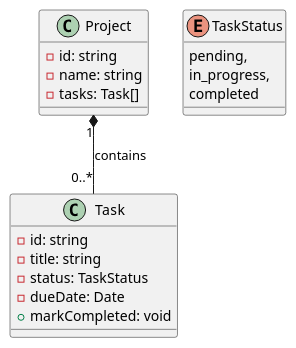
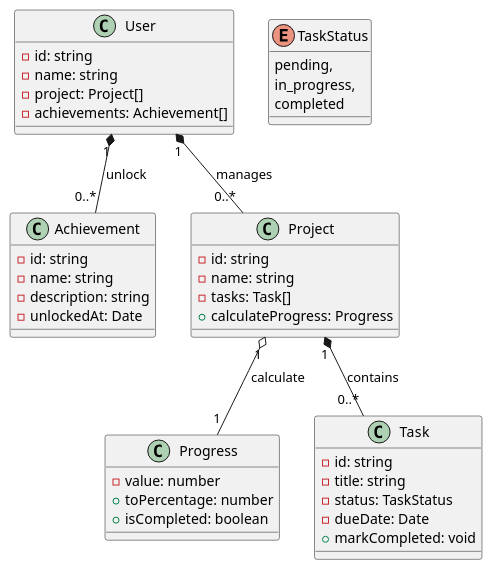
One commit to darellanodev/taskio changed the diagram in class-diagram.puml. Above: the diagram before and after it, drawn with PlantUML.

Commit message:
feat: Add User and Achievement classes to the UML diagram

```diff
--- a/class-diagram.puml
+++ b/class-diagram.puml
@@ -1,25 +1,49 @@
 @startuml class-diagram
+
+class User {
+  - id: string
+  - name: string
+  - project: Project[]
+  - achievements: Achievement[]
+}
+
+class Achievement {
+  - id: string
+  - name: string
+  - description: string
+  - unlockedAt: Date
+}
 
 class Project {
 - id: string
 - name: string
 - tasks: Task[]
++ calculateProgress: Progress
+}
+
+class Progress {
+  - value: number
+  + toPercentage: number
+  + isCompleted: boolean
 }
 
 enum TaskStatus {
 pending,
 in_progress,
 completed
 }
 
 class Task {
 - id: string
 - title: string
 - status: TaskStatus
 - dueDate: Date
 + markCompleted: void
 }
 
 Project "1" *-- "0..*" Task: contains
+User "1" *-- "0..*" Project: manages
+User "1" *-- "0..*" Achievement: unlock
+Project "1" o-- "1" Progress: calculate
 
 @enduml
```
